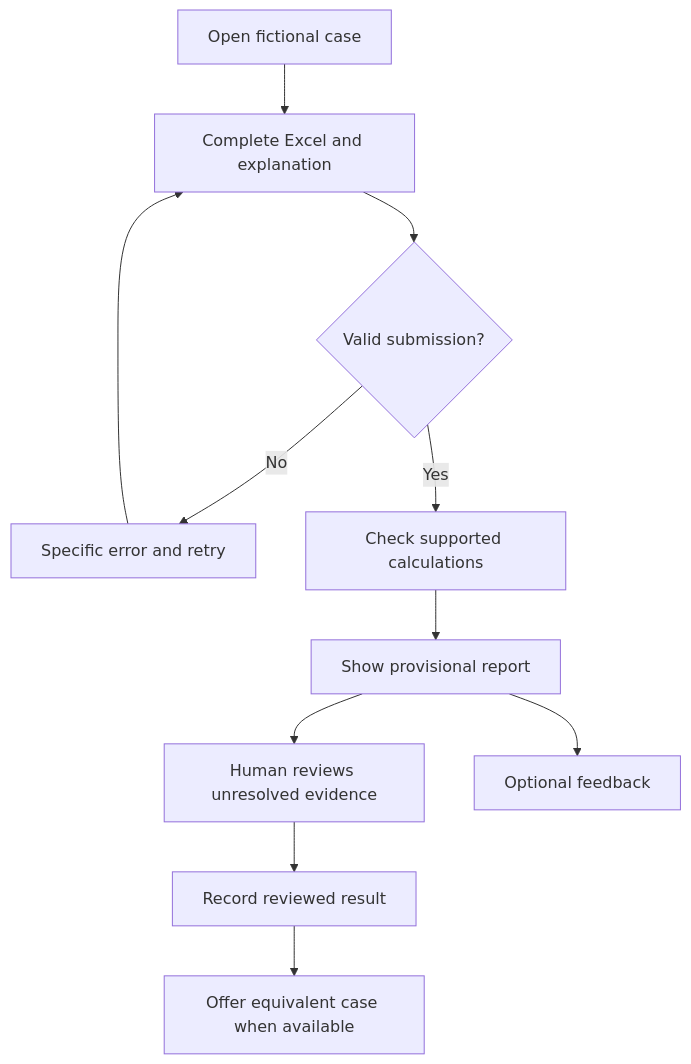
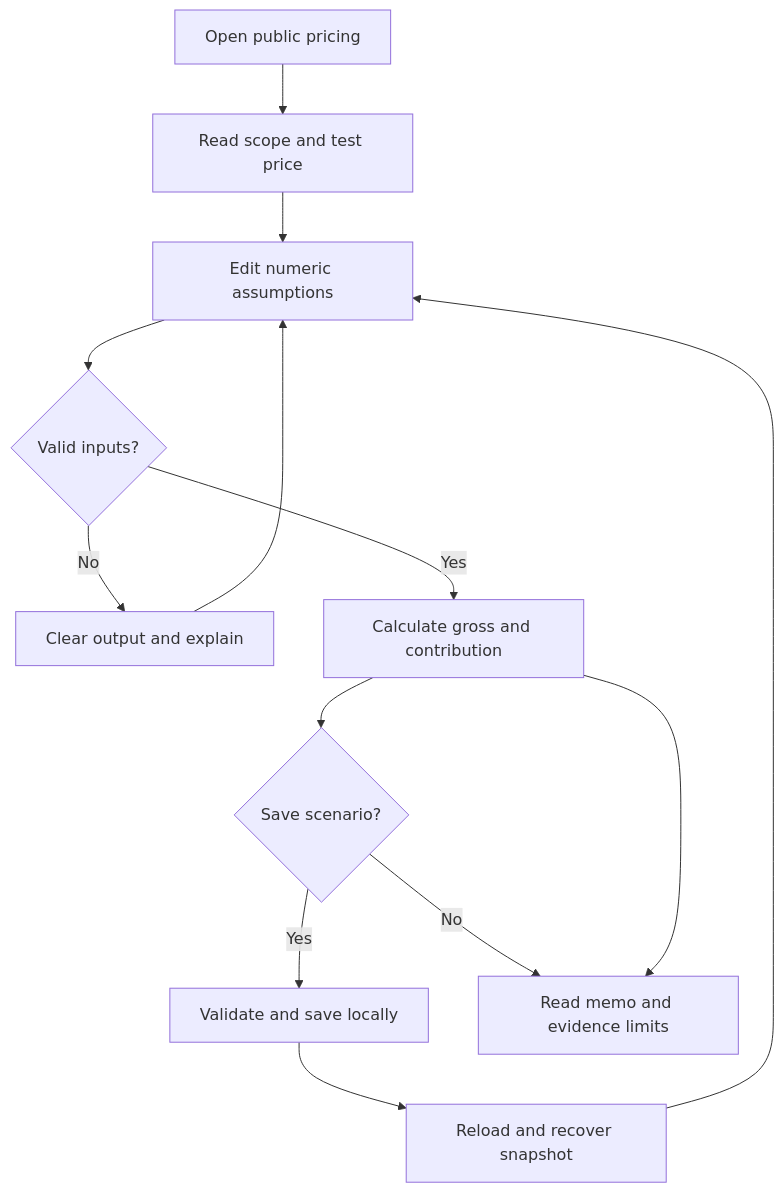
One commit to valeriakarambuilds-sketch/skillproof-mx changed the first of 2 diagrams in docs/PACKET.md. Above: the diagram before and after it, drawn with Mermaid. The commit also changed other lines of this file and 4 other files, not shown here.

````diff
--- a/docs/PACKET.md
+++ b/docs/PACKET.md
@@ -31,13 +55,15 @@
 ```mermaid
 flowchart TD
- A[Open fictional case] --> B[Complete Excel and explanation]
- B --> C{Valid submission?}
- C -->|No| D[Specific error and retry]
- D --> B
- C -->|Yes| E[Check supported calculations]
- E --> F[Show provisional report]
- F --> G[Human reviews unresolved evidence]
- G --> H[Record reviewed result]
- F --> I[Optional feedback]
- H --> J[Offer equivalent case when available]
+  A[Open public pricing] --> B[Read scope and test price]
+  B --> C[Edit numeric assumptions]
+  C --> D{Valid inputs?}
+  D -->|No| E[Clear output and explain]
+  E --> C
+  D -->|Yes| F[Calculate gross and contribution]
+  F --> G{Save scenario?}
+  G -->|Yes| H[Validate and save locally]
+  H --> I[Reload and recover snapshot]
+  I --> C
+  G -->|No| J[Read memo and evidence limits]
+  F --> J
 ```
````
